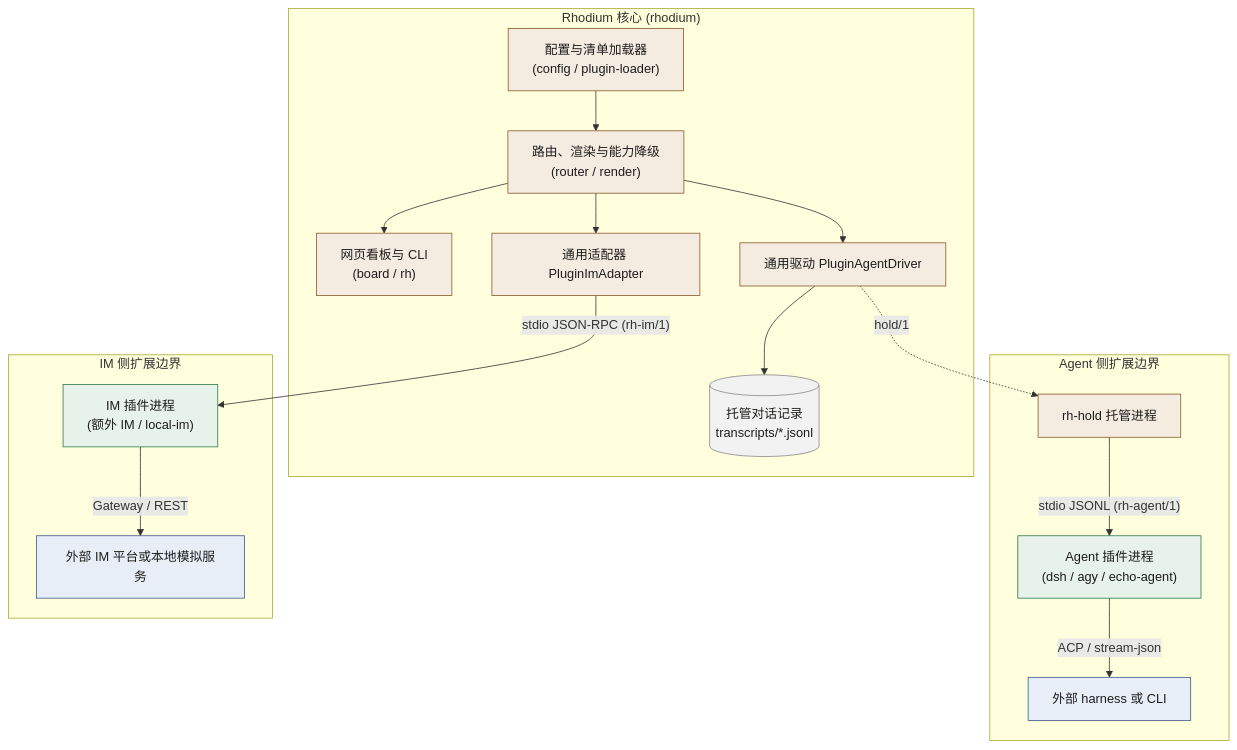
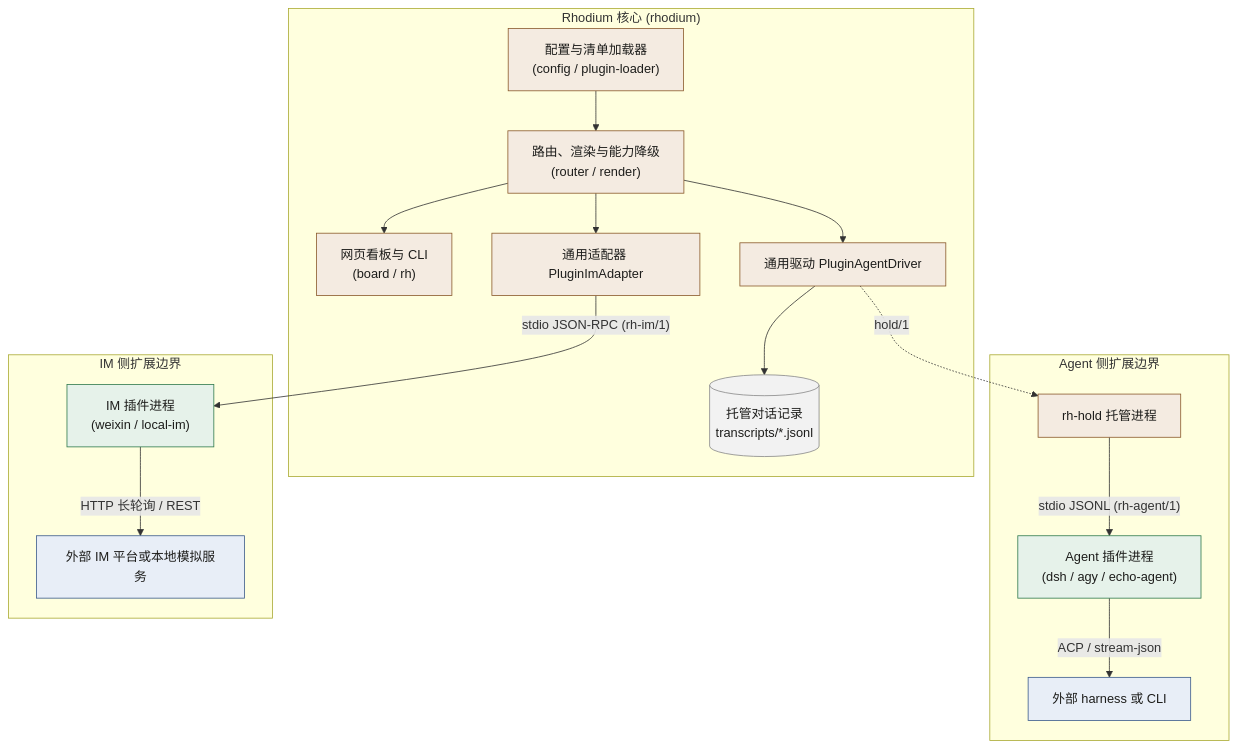
The first of 3 diagrams in docs/spec/plugins.md (Rhapsody0x1/Rhodium-OSS), drawn with Mermaid before and after one commit. The commit also changed other lines of this file and 1 other file, not shown here.

````diff
--- a/docs/spec/plugins.md
+++ b/docs/spec/plugins.md
@@ -38,37 +38,37 @@
 ```mermaid
 flowchart TD
   classDef rh fill:#f4ebe1,stroke:#8a5a2b,color:#1d1d1b
   classDef agent fill:#e6f2ea,stroke:#2f7a4d,color:#1d1d1b
   classDef ext fill:#e8eef7,stroke:#3b5b8a,color:#1d1d1b
   classDef store fill:#f2f2f2,stroke:#888888,color:#1d1d1b
 
   subgraph Core["Rhodium 核心 (rhodium)"]
     CFG["配置与清单加载器<br/>(config / plugin-loader)"]:::rh
     RT["路由、渲染与能力降级<br/>(router / render)"]:::rh
     WEB["网页看板与 CLI<br/>(board / rh)"]:::rh
     PAD["通用驱动 PluginAgentDriver"]:::rh
     PIM["通用适配器 PluginImAdapter"]:::rh
     TR[("托管对话记录<br/>transcripts/*.jsonl")]:::store
     CFG --> RT
     RT --> WEB
     RT --> PAD
     RT --> PIM
     PAD --> TR
   end
 
   subgraph PluginAgent["Agent 侧扩展边界"]
     H["rh-hold 托管进程"]:::rh
     PA["Agent 插件进程<br/>(dsh / agy / echo-agent)"]:::agent
     CLI["外部 harness 或 CLI"]:::ext
     PAD -. "hold/1" .-> H
     H -- "stdio JSONL (rh-agent/1)" --> PA
     PA -- "ACP / stream-json" --> CLI
   end
 
   subgraph PluginIM["IM 侧扩展边界"]
-    PI["IM 插件进程<br/>(额外 IM / local-im)"]:::agent
+    PI["IM 插件进程<br/>(weixin / local-im)"]:::agent
     PLAT["外部 IM 平台或本地模拟服务"]:::ext
     PIM -- "stdio JSON-RPC (rh-im/1)" --> PI
-    PI -- "Gateway / REST" --> PLAT
+    PI -- "HTTP 长轮询 / REST" --> PLAT
   end
 ```
````
